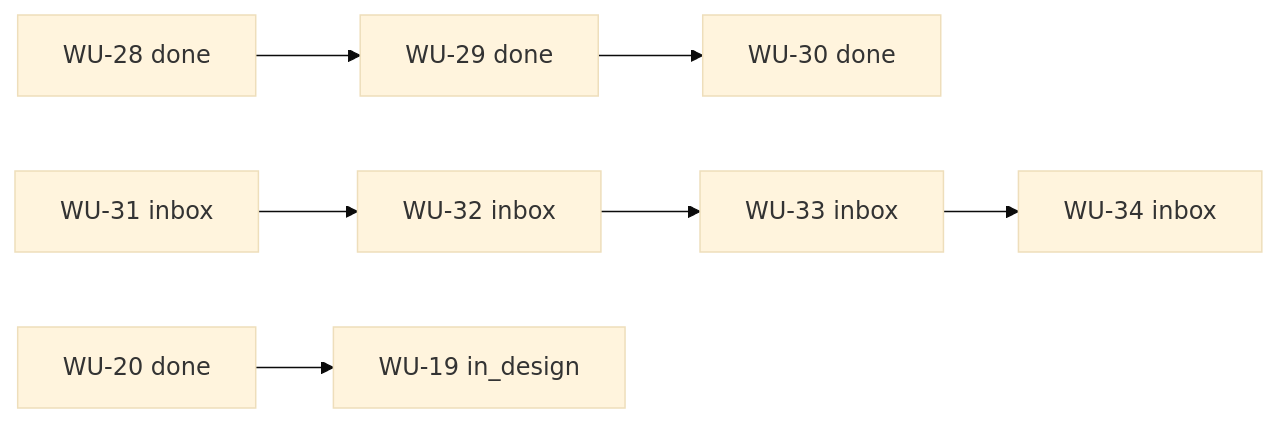
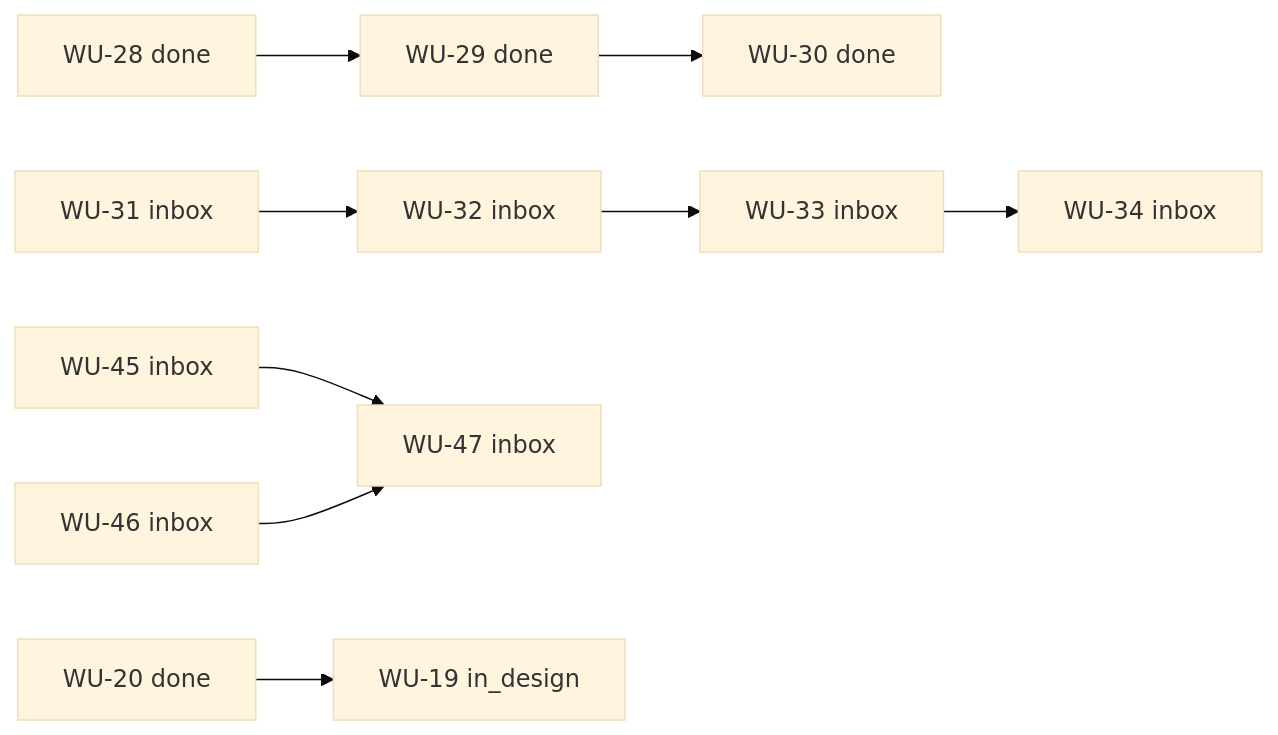
One commit to michi-guns/greek-essence changed the diagram in docs/working/work-program/SEQUENCE.md. Above: the diagram before and after it, drawn with Mermaid (base theme). The commit also changed other lines of this file, not shown here.

First line of the commit message:
docs(work-program): refresh SEQUENCE for platform bootstrap

````diff
--- a/docs/working/work-program/SEQUENCE.md
+++ b/docs/working/work-program/SEQUENCE.md
@@ -152,9 +175,11 @@
 ```mermaid
 flowchart LR
   WU28[WU-28 done] --> WU29[WU-29 done]
   WU29 --> WU30[WU-30 done]
   WU31[WU-31 inbox] --> WU32[WU-32 inbox]
   WU32 --> WU33[WU-33 inbox]
   WU33 --> WU34[WU-34 inbox]
+  WU45[WU-45 inbox] --> WU47[WU-47 inbox]
+  WU46[WU-46 inbox] --> WU47
   WU20[WU-20 done] --> WU19[WU-19 in_design]
 ```
````
